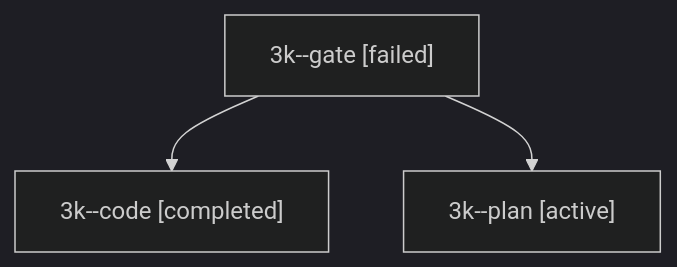
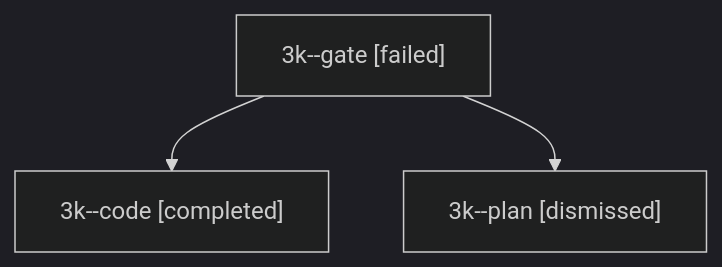
Before and after one commit to bobs-org/bob-cli--agents: the diagram in sessions/bbugyi200.apollo.3k.md, drawn with Mermaid (dark theme). The commit also changed other lines of this file and 24 other files, not shown here.

````diff
--- a/sessions/bbugyi200.apollo.3k.md
+++ b/sessions/bbugyi200.apollo.3k.md
@@ -9,8 +9,8 @@
 ```mermaid
 flowchart TD
   n0["3k--gate [failed]"]
   n1["3k--code [completed]"]
   n0 --> n1
-  n2["3k--plan [active]"]
+  n2["3k--plan [dismissed]"]
   n0 --> n2
 ```
````
